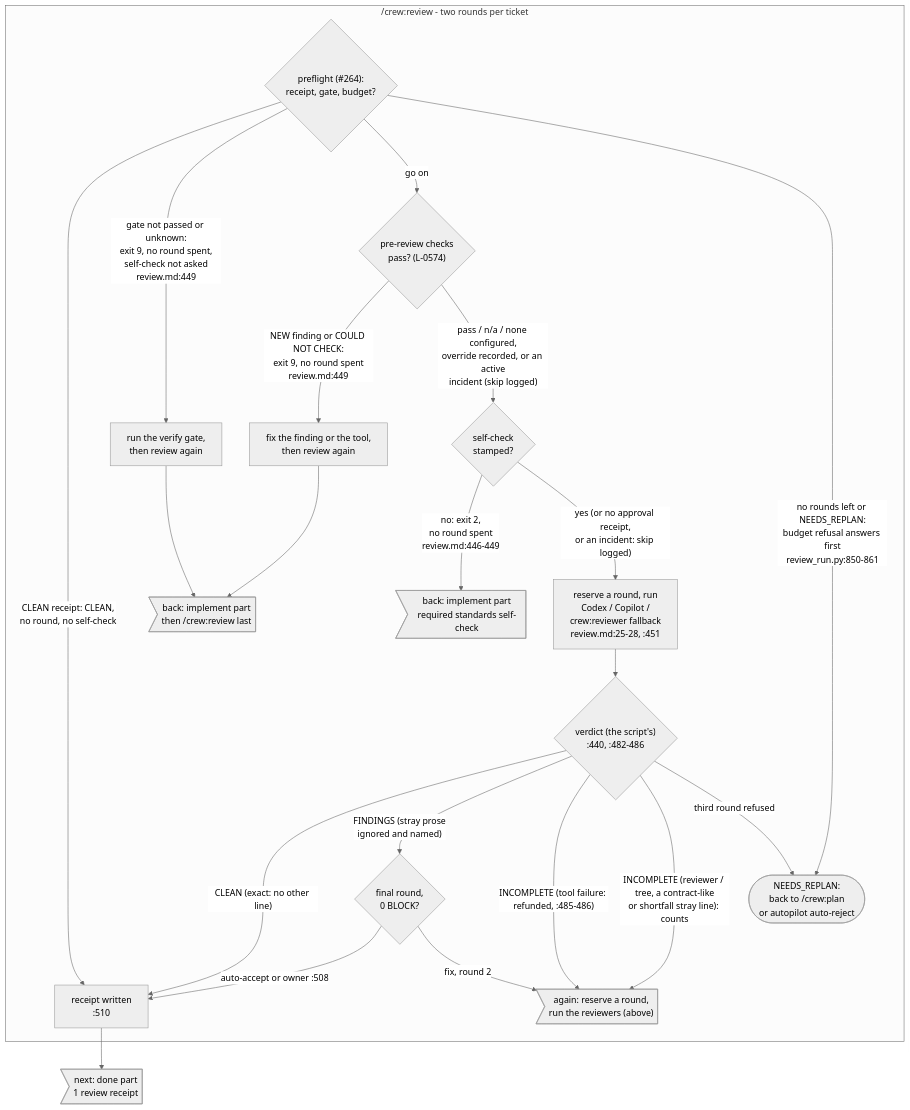
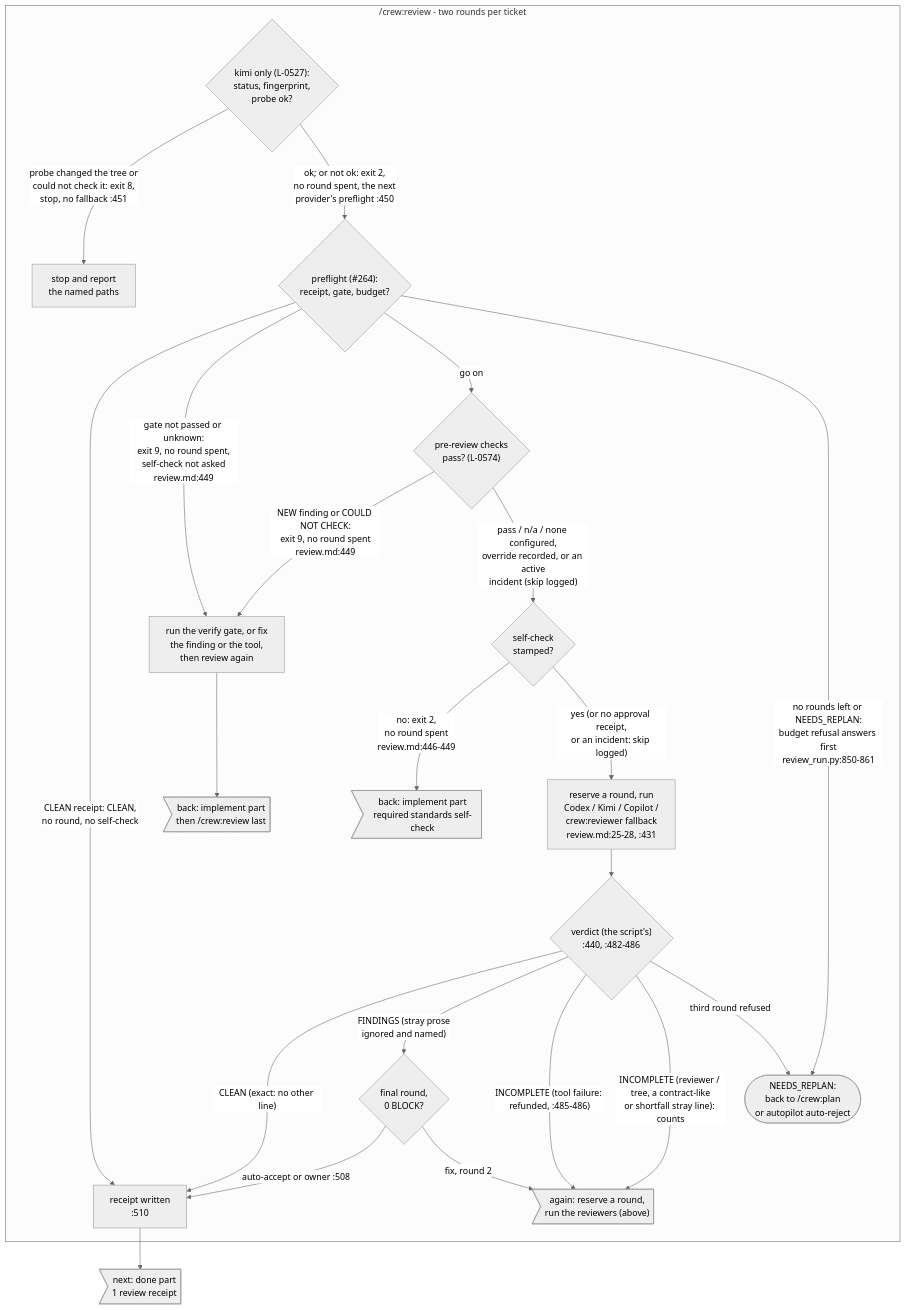
Before and after one commit to mbadali25/useful-claude-add-ons: the diagram in docs/diagrams/process-crew-lifecycle-review.mmd, drawn with Mermaid (neutral theme). The commit also changed 10 other files, not shown here.

First line of the commit message:
L-0527 group review: a tree unknown after the probe stops (exit 8); Windows ends Kimi's job and waits for it to empty; the review diagram shows the Kimi path

```diff
--- a/docs/diagrams/process-crew-lifecycle-review.mmd
+++ b/docs/diagrams/process-crew-lifecycle-review.mmd
@@ -1,62 +1,67 @@
 %% Generated from useful-claude-add-ons@f808e5f0 on 2026-10-03. Verify before trusting.
 %% Anchors: plugin/crew/commands/review.md, plugin/crew/hooks/scripts/review_run.py, plugin/crew/hooks/scripts/review_verdict.py, plugin/crew/hooks/scripts/crew_standards.py, plugin/crew/hooks/scripts/crew_autopilot.py
 %% Purpose: /crew:review: the preflight, pre-review and self-check gates that run before a round is spent, then the review rounds and their verdicts, ending in a receipt or NEEDS_REPLAN.
 %% One part of the crew lifecycle; process-crew-lifecycle.mmd is the overview and keeps the re-anchor history.
 %% Arrow-shaped nodes ("next:" / "back:" / "again:") stand for a node drawn in the named part.
 %% --
 %% Every node cites the command file's own line; files are named repo-relative
 %% here and by basename in the nodes (all under plugin/crew/commands/ unless
 %% named otherwise):
 %%   plugin/crew/commands/review.md:25-28 two rounds per ticket, a third is refused
 %%     -> NEEDS_REPLAN; :440 exit codes 0 CLEAN / 1 FINDINGS / 3 INCOMPLETE /
 %%     4 NEEDS_REPLAN / 2 not run; :451 Claude fallback; :482 the verdict is the
 %%     script's; :485-486 an INCOMPLETE's class and the tool-failure refund;
 %%     :502-504 round 2 is the last (rounds not refunded); :505-506 a final 0-BLOCK
 %%     round auto-accepts (--auto-accept --follow-up, L-0510); :507 anything else stops
 %%     for the owner with 2-4 options; :508 --accept --by <who>; :510 a CLEAN
 %%     round writes its receipt itself.
 %% --
-%% Note pf0: preflight first (#264): a CLEAN receipt covers this bundle? verify gate passed
+%% Note kp0: --provider kimi only (L-0527): ledger status, the "before" fingerprint, then
+%%    kimi_probe BEFORE preflight and reserve; what Kimi leaves running is ended first
+%%    review.md:240, :431-432, :450-451
+%% Note pf0: preflight (#264), first for every other provider: a CLEAN receipt covers this bundle? verify gate passed
 %%    this tree? review_run.py:672, :846
 %% Note pr0: no linter finding the bundle adds against its base? could every configured linter
 %%    check? review_run.py prereview_gate :731
 %% Note rv0: self-check stamped for this bundle and standards set? review_run.py standards_gate
 %% Note rv1: on one bundle; prompt carries the standards checklist, then the recurring-findings checklist, then any web tests
 %% Note rv3: report findings and every ignored line verbatim (:498-500); final round, 0 BLOCK?
 %%    else fix, or the owner accepts :503, :505-508
 %% Note pr0->fx0: NEW finding: exit 9, no round spent, not overridable; or COULD NOT CHECK: exit 9
 %%    unless --allow-unverified
 %% Note pf0->replan: the budget refusal answers first, no pre-review checks, no self-check
 %% Note rv2->rv3: FINDINGS (stray prose beside findings ignored and named: review_verdict.py:210-213)
 %% Note rv3->rcpt: auto-accept (L-0510): eligible, no specialist/control BLOCK; one follow-up ticket
 %%    :505-506 - or the owner accepts :508
 %% Note replan: also reached from rv3 under autopilot (T-0074): out of rounds with a BLOCK,
 %%    autopilot.maxAutoReplans 1 or more and the successor plan self-approvable, crew_autopilot.py
 %%    auto-reject (auto_replan_policy) rejects it; at the cap it stops for the owner
 flowchart TB
     subgraph review["/crew:review - two rounds per ticket"]
+        kp0{"kimi only (L-0527):<br/>status, fingerprint,<br/>probe ok?"}
+        kp0 -- "probe changed the tree or<br/>could not check it: exit 8,<br/>stop, no fallback :451" --> kx0["stop and report<br/>the named paths"]
+        kp0 -- "ok; or not ok: exit 2,<br/>no round spent, the next<br/>provider's preflight :450" --> pf0
         pf0{"preflight (#264):<br/>receipt, gate, budget?"}
         pf0 -- "CLEAN receipt: CLEAN,<br/>no round, no self-check" --> rcpt
-        pf0 -- "gate not passed or unknown:<br/>exit 9, no round spent,<br/>self-check not asked<br/>review.md:449" --> vg0["run the verify gate,<br/>then review again"]
-        vg0 --> to_im5
+        pf0 -- "gate not passed or unknown:<br/>exit 9, no round spent,<br/>self-check not asked<br/>review.md:449" --> fx0
         pf0 -- "go on" --> pr0{"pre-review checks<br/>pass? (L-0574)"}
-        pr0 -- "NEW finding or COULD NOT CHECK:<br/>exit 9, no round spent<br/>review.md:449" --> fx0["fix the finding or the tool,<br/>then review again"]
+        pr0 -- "NEW finding or COULD NOT CHECK:<br/>exit 9, no round spent<br/>review.md:449" --> fx0["run the verify gate, or fix<br/>the finding or the tool,<br/>then review again"]
         fx0 --> to_im5
         pr0 -- "pass / n/a / none configured,<br/>override recorded, or an active<br/>incident (skip logged)" --> rv0{"self-check<br/>stamped?"}
         pf0 -- "no rounds left or NEEDS_REPLAN:<br/>budget refusal answers first<br/>review_run.py:850-861" --> replan
         rv0 -- "no: exit 2,<br/>no round spent<br/>review.md:446-449" --> to_sc1
-        rv0 -- "yes (or no approval receipt,<br/>or an incident: skip logged)" --> rv1["reserve a round, run<br/>Codex / Copilot /<br/>crew:reviewer fallback<br/>review.md:25-28, :451"]
+        rv0 -- "yes (or no approval receipt,<br/>or an incident: skip logged)" --> rv1["reserve a round, run<br/>Codex / Kimi / Copilot /<br/>crew:reviewer fallback<br/>review.md:25-28, :431"]
         rv1 --> rv2{"verdict (the script's)<br/>:440, :482-486"}
         rv2 -- "CLEAN (exact: no other line)" --> rcpt["receipt written<br/>:510"]
         rv2 -- "FINDINGS (stray prose<br/>ignored and named)" --> rv3{"final round,<br/>0 BLOCK?"}
         rv3 -- "auto-accept or owner :508" --> rcpt
         rv3 -- "fix, round 2" --> again_rv1
         rv2 -- "INCOMPLETE (tool failure: refunded, :485-486)" --> again_rv1
         rv2 -- "INCOMPLETE (reviewer / tree, a contract-like<br/>or shortfall stray line): counts" --> again_rv1
         rv2 -- "third round refused" --> replan([NEEDS_REPLAN:<br/>back to /crew:plan<br/>or autopilot auto-reject])
     end
 
     again_rv1>"again: reserve a round,<br/>run the reviewers (above)"]
     to_im5>"back: implement part<br/>then /crew:review last"]
     to_sc1>"back: implement part<br/>required standards self-check"]
     rcpt --> to_dn1>"next: done part<br/>1 review receipt"]
```
